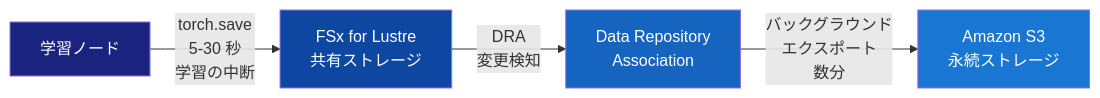
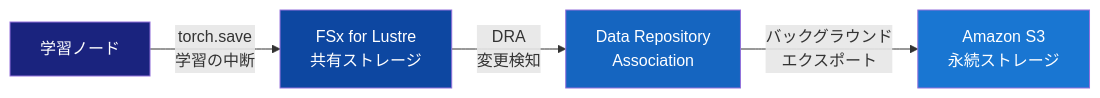
One commit to littlemex/zenn changed the first of 5 diagrams in articles/98e6a7acbac32e.md. Above: the diagram before and after it, drawn with Mermaid. The commit also changed other lines of this file, not shown here.

````diff
--- a/articles/98e6a7acbac32e.md
+++ b/articles/98e6a7acbac32e.md
@@ -39,11 +37,11 @@
 ```mermaid
 graph LR
-    TN["学習ノード"] -->|"torch.save<br/>5-30 秒<br/>学習の中断"| FSx["FSx for Lustre<br/>共有ストレージ"]
+    TN["学習ノード"] -->|"torch.save<br/>学習の中断"| FSx["FSx for Lustre<br/>共有ストレージ"]
     FSx -->|"DRA<br/>変更検知"| DRA["Data Repository<br/>Association"]
-    DRA -->|"バックグラウンド<br/>エクスポート<br/>数分"| S3["Amazon S3<br/>永続ストレージ"]
+    DRA -->|"バックグラウンド<br/>エクスポート"| S3["Amazon S3<br/>永続ストレージ"]
 
     style TN fill: #1a237e,color: #ffffff
     style FSx fill: #0d47a1,color: #ffffff
     style DRA fill: #1565c0,color: #ffffff
     style S3 fill: #1976d2,color: #ffffff
 ```
````
